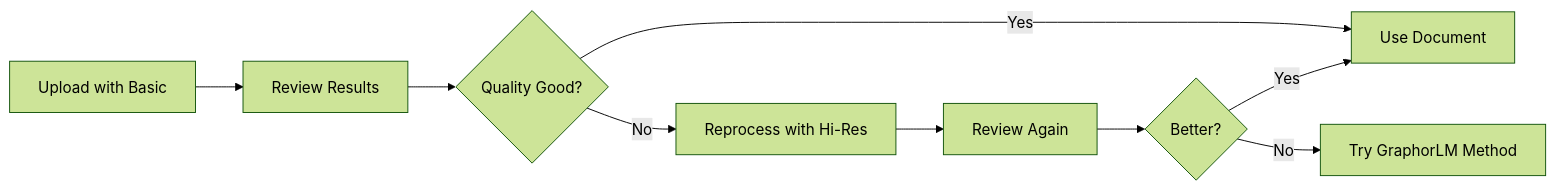
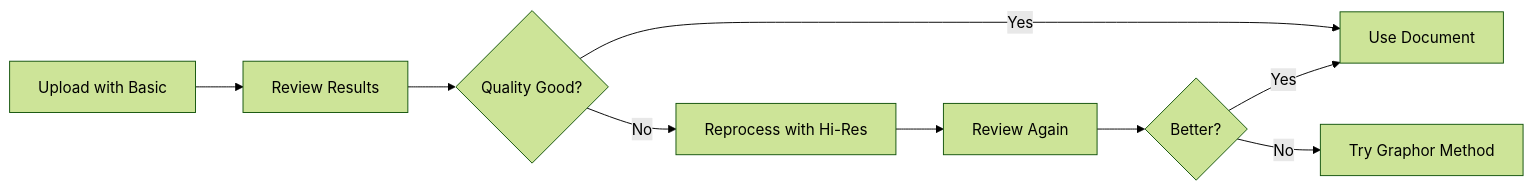
The second of 3 diagrams in api-reference/sources/overview.mdx (lucasfneves14/graphorlm-docs), drawn with Mermaid (forest theme) before and after one commit. The commit also changed other lines of this file and 49 other files, not shown here.

Commit message:
change graphor display names

````diff
--- a/api-reference/sources/overview.mdx
+++ b/api-reference/sources/overview.mdx
@@ -208,11 +208,11 @@
 ```mermaid
 graph LR
     A[Upload with Basic] --> B[Review Results]
     B --> C{Quality Good?}
     C -->|Yes| D[Use Document]
     C -->|No| E[Reprocess with Hi-Res]
     E --> F[Review Again]
     F --> G{Better?}
     G -->|Yes| D
-    G -->|No| H[Try GraphorLM Method]
+    G -->|No| H[Try Graphor Method]
 ```
````
